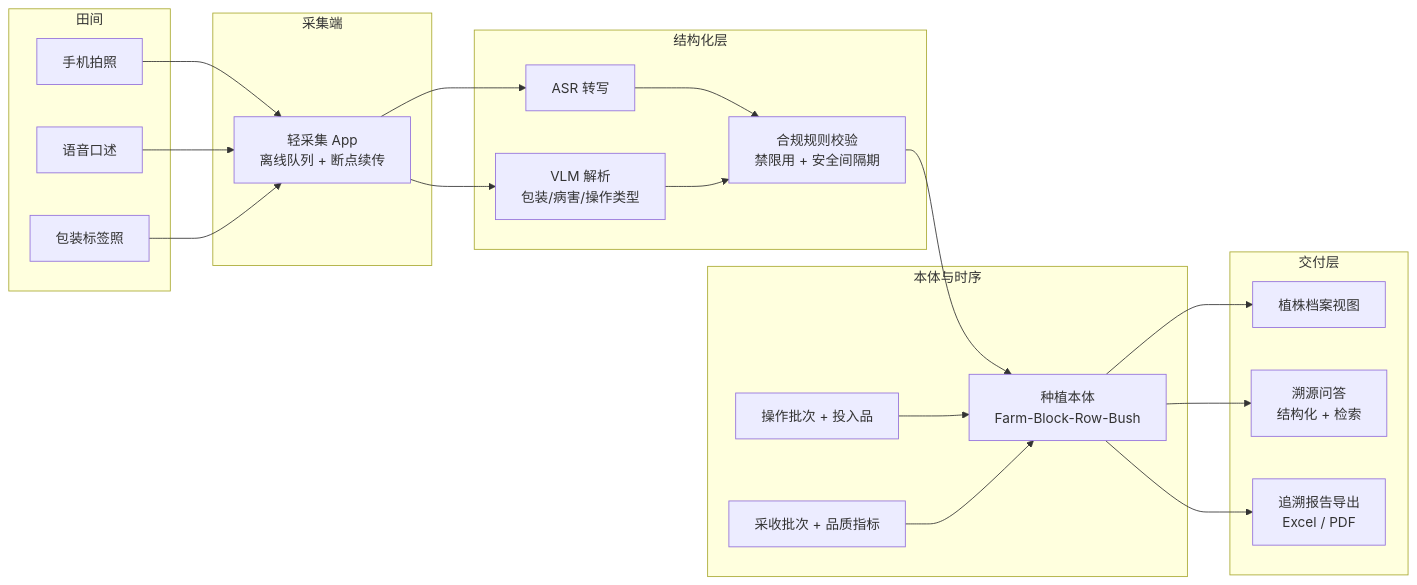
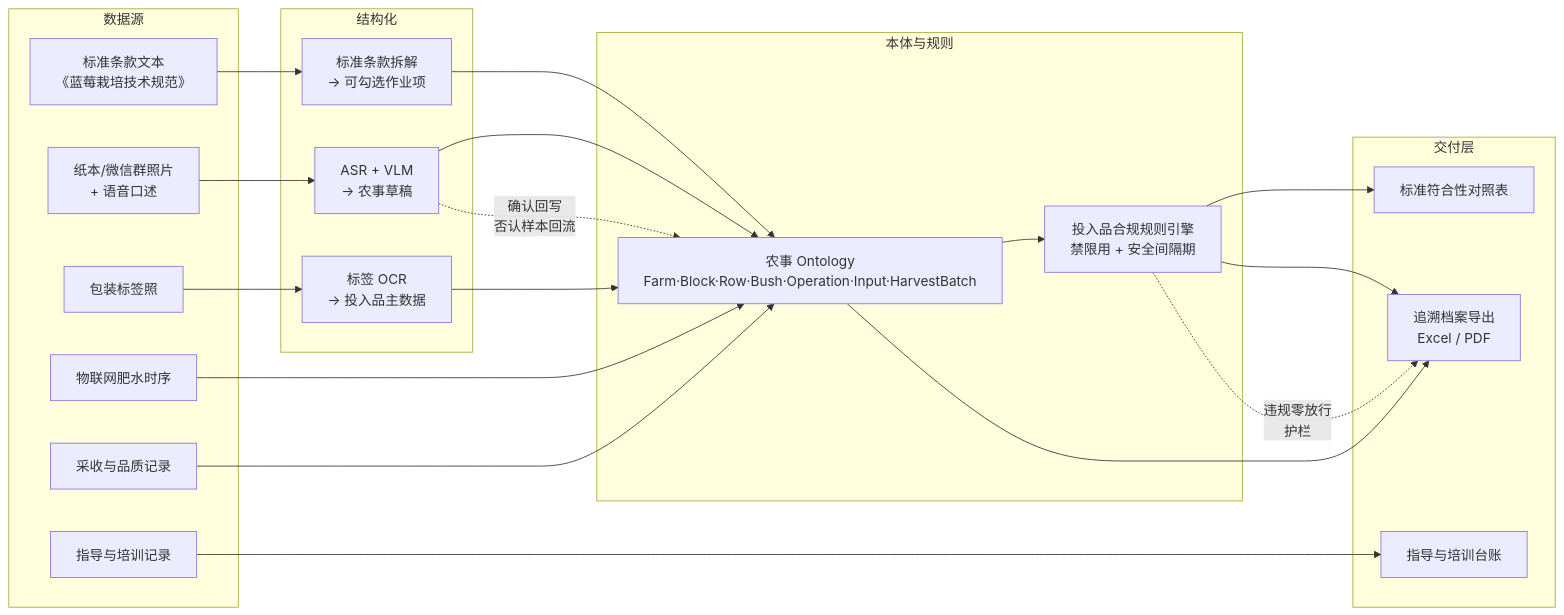
One commit to yhyu13/FDE20261023 changed the diagram in problems/03-蓝莓研究所-种植档案.md. Above: the diagram before and after it, drawn with Mermaid. The commit also changed other lines of this file and 10 other files, not shown here.

````diff
--- a/problems/03-蓝莓研究所-种植档案.md
+++ b/problems/03-蓝莓研究所-种植档案.md
@@ -154,44 +182,40 @@
 ```mermaid
 flowchart LR
-  subgraph 田间
-    A1[手机拍照]
-    A2[语音口述]
-    A3[包装标签照]
+  subgraph 数据源
+    D1[标准条款文本<br/>《蓝莓栽培技术规范》]
+    D2[纸本/微信群照片<br/>+ 语音口述]
+    D3[包装标签照]
+    D4[物联网肥水时序]
+    D5[采收与品质记录]
+    D6[指导与培训记录]
   end
 
-  subgraph 采集端
-    B1[轻采集 App<br/>离线队列 + 断点续传]
+  subgraph 结构化
+    E1[标准条款拆解<br/>→ 可勾选作业项]
+    E2[ASR + VLM<br/>→ 农事草稿]
+    E3[标签 OCR<br/>→ 投入品主数据]
   end
 
-  subgraph 结构化层
-    C1[ASR 转写]
-    C2[VLM 解析<br/>包装/病害/操作类型]
-    C3[合规规则校验<br/>禁限用 + 安全间隔期]
-  end
-
-  subgraph 本体与时序
-    D1[种植本体<br/>Farm-Block-Row-Bush]
-    D2[操作批次 + 投入品]
-    D3[采收批次 + 品质指标]
+  subgraph 本体与规则
+    O1[农事 Ontology<br/>Farm·Block·Row·Bush·Operation·Input·HarvestBatch]
+    O2[投入品合规规则引擎<br/>禁限用 + 安全间隔期]
   end
 
   subgraph 交付层
-    E1[植株档案视图]
-    E2[溯源问答<br/>结构化 + 检索]
-    E3[追溯报告导出<br/>Excel / PDF]
+    U1[标准符合性对照表]
+    U2[追溯档案导出<br/>Excel / PDF]
+    U3[指导与培训台账]
   end
 
-  A1 --> B1
-  A2 --> B1
-  A3 --> B1
-  B1 --> C1
-  B1 --> C2
-  C1 --> C3
-  C2 --> C3
-  C3 --> D1
-  D2 --> D1
-  D3 --> D1
-  D1 --> E1
-  D1 --> E2
-  D1 --> E3
+  D1 --> E1 --> O1
+  D2 --> E2 --> O1
+  D3 --> E3 --> O1
+  D4 --> O1
+  D5 --> O1
+  D6 --> U3
+  O1 --> O2 --> U1
+  O2 --> U2
+  O1 --> U2
+  E2 -.确认回写<br/>否认样本回流.-> O1
+  O2 -.违规零放行<br/>护栏.-> U2
 ```
````
